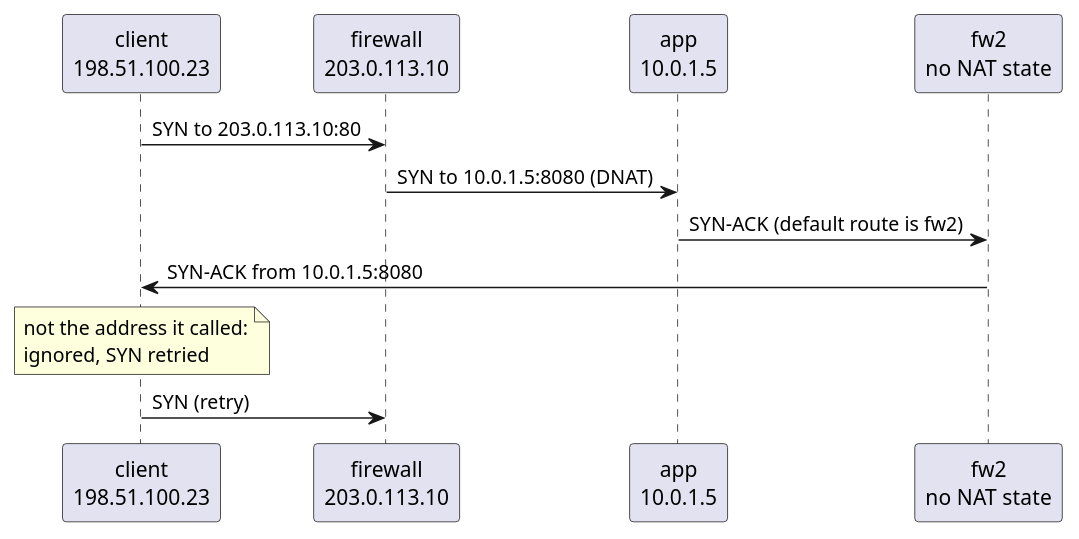
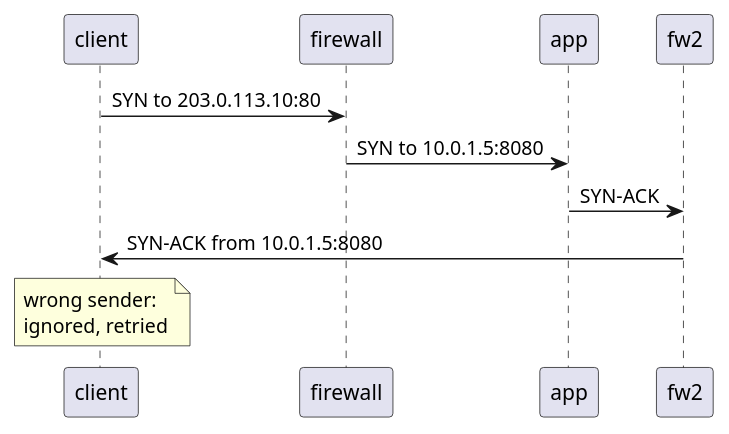
One commit to samadeep/samadeep.github.io changed the seventh of 9 diagrams in src/content/posts/2026-10-04-expose-intranet-app-to-internet.md. Above: the diagram before and after it, drawn with PlantUML. The commit also changed other lines of this file and 49 other files, not shown here.

First line of the commit message:
Visual-first post, reference-style diagrams, analytics and reactions (#9)

````diff
--- a/src/content/posts/2026-10-04-expose-intranet-app-to-internet.md
+++ b/src/content/posts/2026-10-04-expose-intranet-app-to-internet.md
@@ -243,14 +242,13 @@
-```plantuml title="Figure 6: the reply leaves through fw2, which has no conntrack entry, so it is never translated back"
+```plantuml title="Figure 7: the reply skips the firewall holding the entry, so it is never translated back"
 @startuml
-participant "client\n198.51.100.23" as C
-participant "firewall\n203.0.113.10" as F
-participant "app\n10.0.1.5" as S
-participant "fw2\nno NAT state" as F2
+participant "client" as C
+participant "firewall" as F
+participant "app" as S
+participant "fw2" as F2
 C -> F : SYN to 203.0.113.10:80
-F -> S : SYN to 10.0.1.5:8080 (DNAT)
-S -> F2 : SYN-ACK (default route is fw2)
+F -> S : SYN to 10.0.1.5:8080
+S -> F2 : SYN-ACK
 F2 -> C : SYN-ACK from 10.0.1.5:8080
-note over C : not the address it called:\nignored, SYN retried
-C -> F : SYN (retry)
+note over C : wrong sender:\nignored, retried
 @enduml
 ```
````
